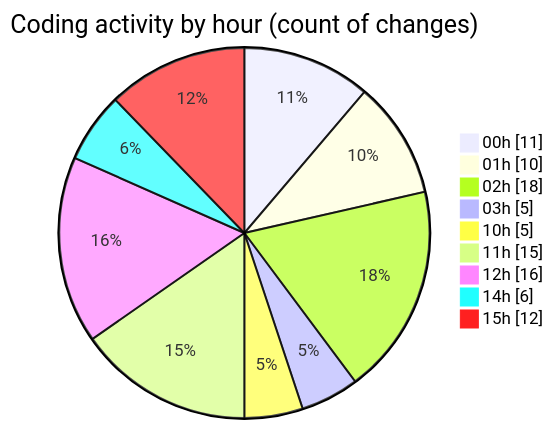
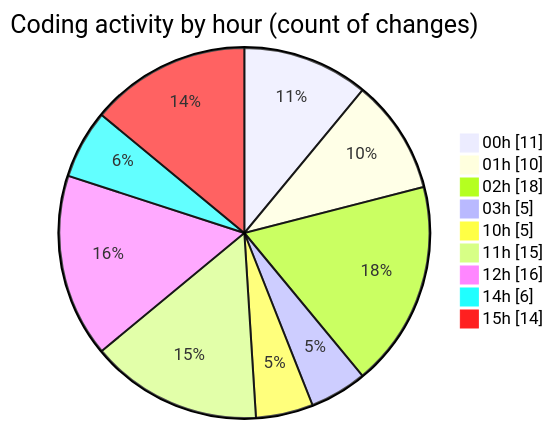
Before and after one commit to julien-gomy/code-tracking: the second of 2 diagrams in 2025-11-02/cdp_aleoudev_fr__workspace_/README.md, drawn with Mermaid. The commit also changed other lines of this file and 1 other file, not shown here.

````diff
--- a/2025-11-02/cdp_aleoudev_fr__workspace_/README.md
+++ b/2025-11-02/cdp_aleoudev_fr__workspace_/README.md
@@ -38,13 +38,13 @@
 ```mermaid
 pie showData
 title Coding activity by hour (count of changes)
 "00h" : 11
 "01h" : 10
 "02h" : 18
 "03h" : 5
 "10h" : 5
 "11h" : 15
 "12h" : 16
 "14h" : 6
-"15h" : 12
+"15h" : 14
 ```
````
